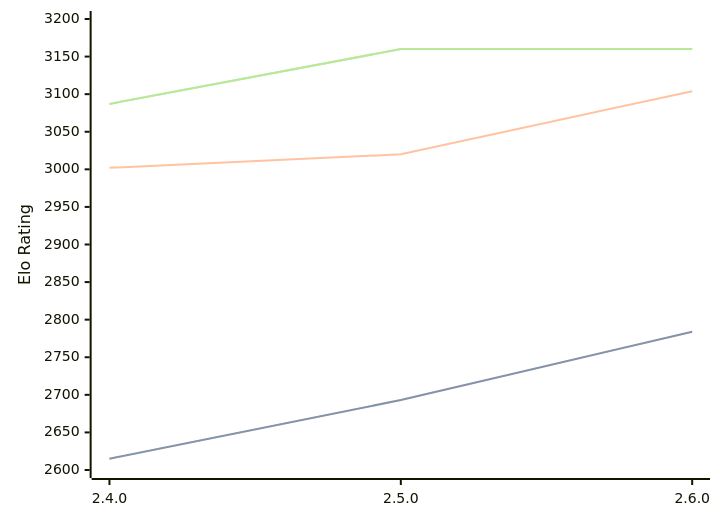
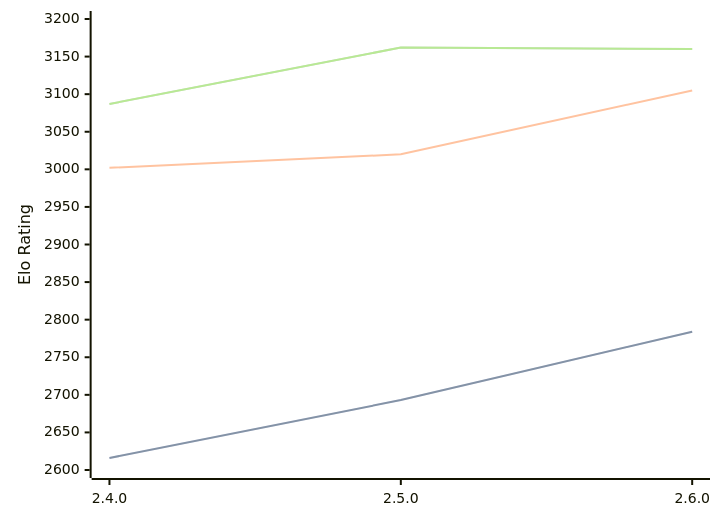
One commit to computer-chess-index/cci changed the diagram in engines/Sturddle2.md. Above: the diagram before and after it, drawn with Mermaid. The commit also changed other lines of this file, not shown here.

Commit message:
Update CCI Ratings (ELO VLTC) - 2026-08-24

````diff
--- a/engines/Sturddle2.md
+++ b/engines/Sturddle2.md
@@ -33,11 +33,11 @@
 ```mermaid
 %%{init: {"theme":"base","themeVariables":{"seriesColors:['#a3a3a3','#222221','#faa371']}}}%%
 xychart-beta
   x-axis ["2.4.0", "2.5.0", "2.6.0"]
   y-axis "Elo Rating" 2600 --> 3200
-  line "STC (8.0+0.08s)" [2615, 2693, 2784]
-  line "STC (8.0+0.08s)" [2615, 2693, 2784]
-  line "LTC (60.0+0.60s)" [3002, 3020, 3104]
-  line "VLTC (2m24s+1.12s)" [3087, 3160, 3160]
-  line "VLTC (2m24s+1.12s)" [3087, 3160, 3160]
+  line "STC (8.0+0.08s)" [2616, 2693, 2784]
+  line "STC (8.0+0.08s)" [2616, 2693, 2784]
+  line "LTC (60.0+0.60s)" [3002, 3020, 3105]
+  line "VLTC (2m24s+1.12s)" [3087, 3162, 3160]
+  line "VLTC (2m24s+1.12s)" [3087, 3162, 3160]
 ```
````
